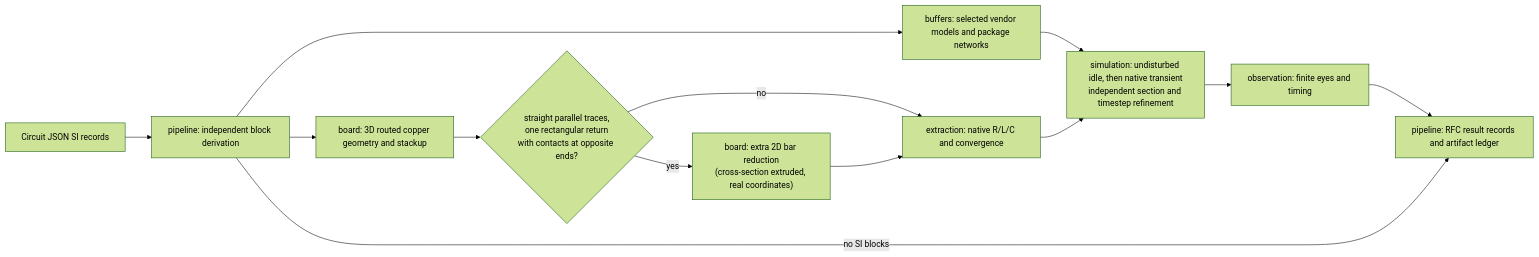
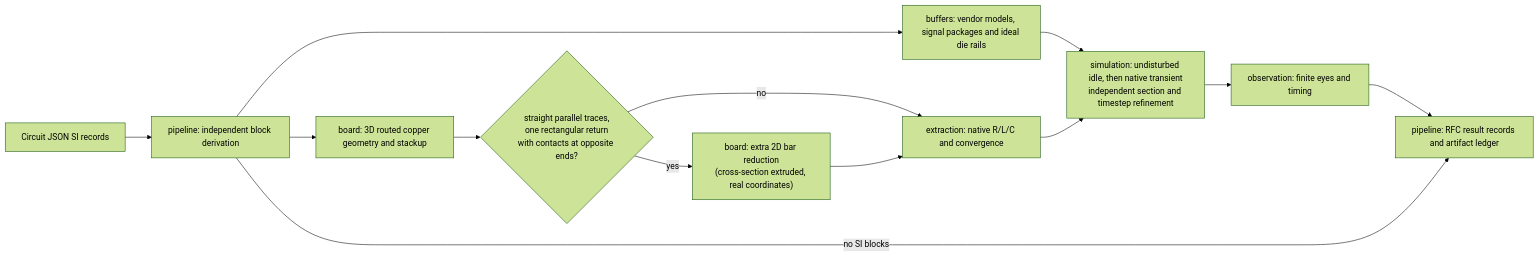
The first of 2 diagrams in docs/ARCHITECTURE.md (tscircuit/pcb-spice-pipeline), drawn with Mermaid (forest theme) before and after one commit. The commit also changed 5 other files, not shown here.

First line of the commit message:
test: record converged native ideal-rail signal levels

````diff
--- a/docs/ARCHITECTURE.md
+++ b/docs/ARCHITECTURE.md
@@ -9,15 +9,15 @@
 ```mermaid
 flowchart LR
   source["Circuit JSON SI records"] --> derive["pipeline: independent block derivation"]
   derive --> board3d["board: 3D routed copper geometry and stackup"]
   board3d --> check{"straight parallel traces,<br/>one rectangular return<br/>with contacts at opposite ends?"}
   check -->|"yes"| bars["board: extra 2D bar reduction<br/>(cross-section extruded, real coordinates)"]
   check -->|"no"| extract
   bars --> extract["extraction: native R/L/C and convergence"]
-  derive --> buffers["buffers: selected vendor models and package networks"]
+  derive --> buffers["buffers: vendor models, signal packages and ideal die rails"]
   buffers --> simulate["simulation: undisturbed idle, then native transient<br/>independent section and timestep refinement"]
   extract --> simulate
   simulate --> observe["observation: finite eyes and timing"]
   observe --> results["pipeline: RFC result records and artifact ledger"]
   derive -->|"no SI blocks"| results
 ```
````
